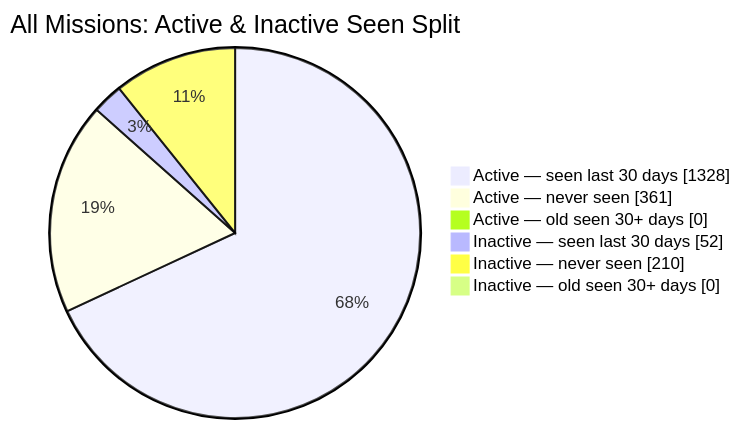
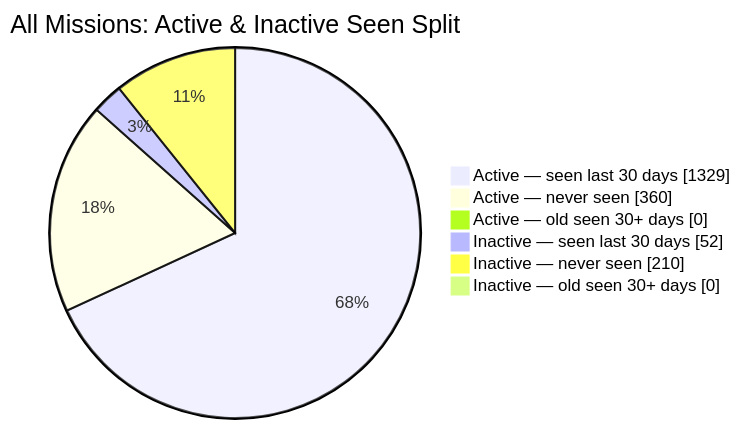
One commit to MeldkamerspelGameTeam/active-missions changed the second of 2 diagrams in README.md. Above: the diagram before and after it, drawn with Mermaid. The commit also changed other lines of this file and 2 other files, not shown here.

````diff
--- a/README.md
+++ b/README.md
@@ -44,10 +44,10 @@
 ```mermaid
 pie showData
     title All Missions: Active & Inactive Seen Split
-    "Active — seen last 30 days" : 1328
-    "Active — never seen" : 361
+    "Active — seen last 30 days" : 1329
+    "Active — never seen" : 360
     "Active — old seen 30+ days" : 0
     "Inactive — seen last 30 days" : 52
     "Inactive — never seen" : 210
     "Inactive — old seen 30+ days" : 0
 ```
````
